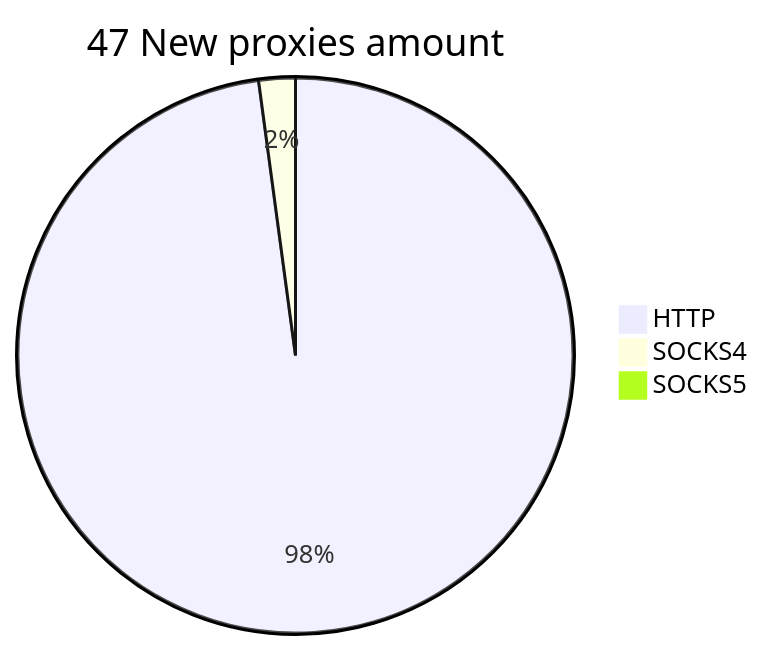
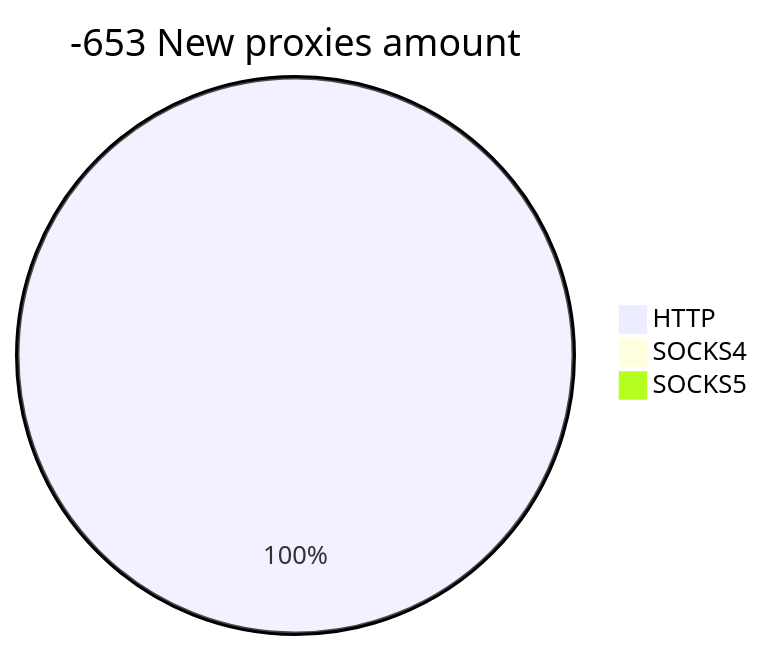
The second of 2 diagrams in README.md (cutipu/proxylist), drawn with Mermaid before and after one commit. The commit also changed other lines of this file, not shown here.

````diff
--- a/README.md
+++ b/README.md
@@ -10,6 +10,6 @@
 ```mermaid
-pie title 47 New proxies amount
-    "HTTP" : 46
-    "SOCKS4" : 1
+pie title -653 New proxies amount
+    "HTTP" : 11
+    "SOCKS4" : 0
     "SOCKS5" : 0
 ```
````
